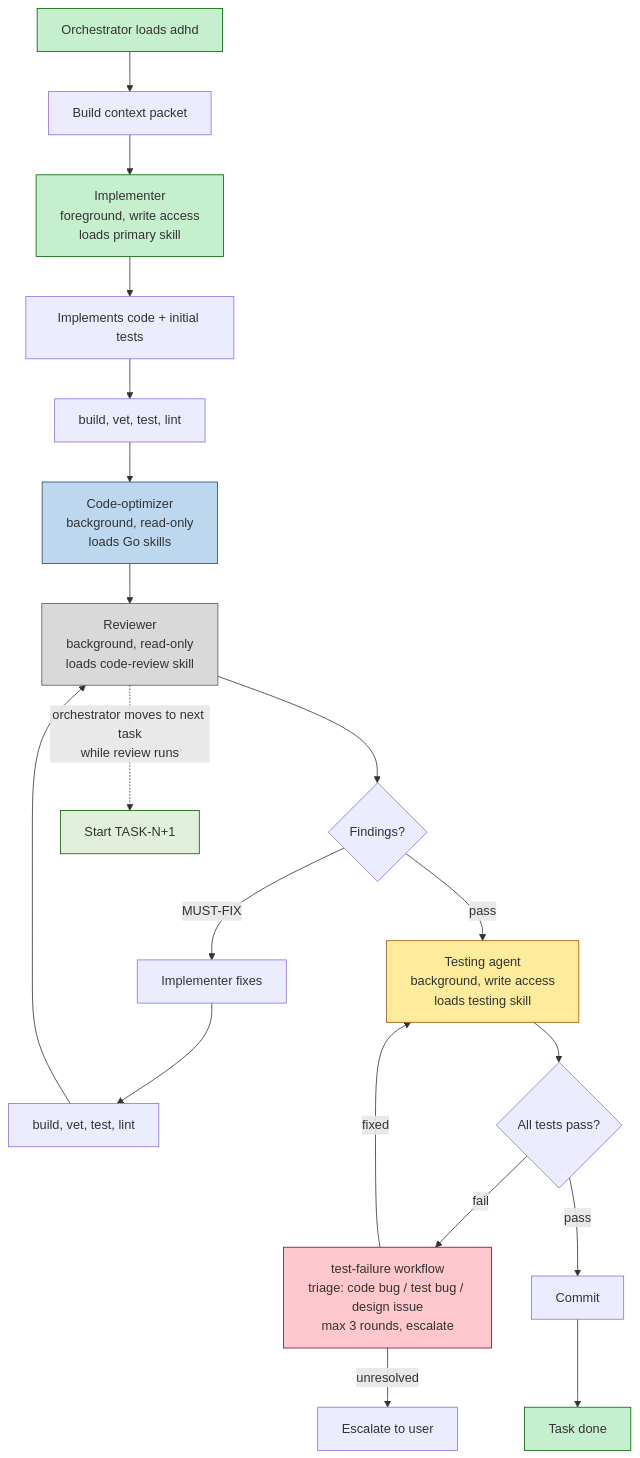
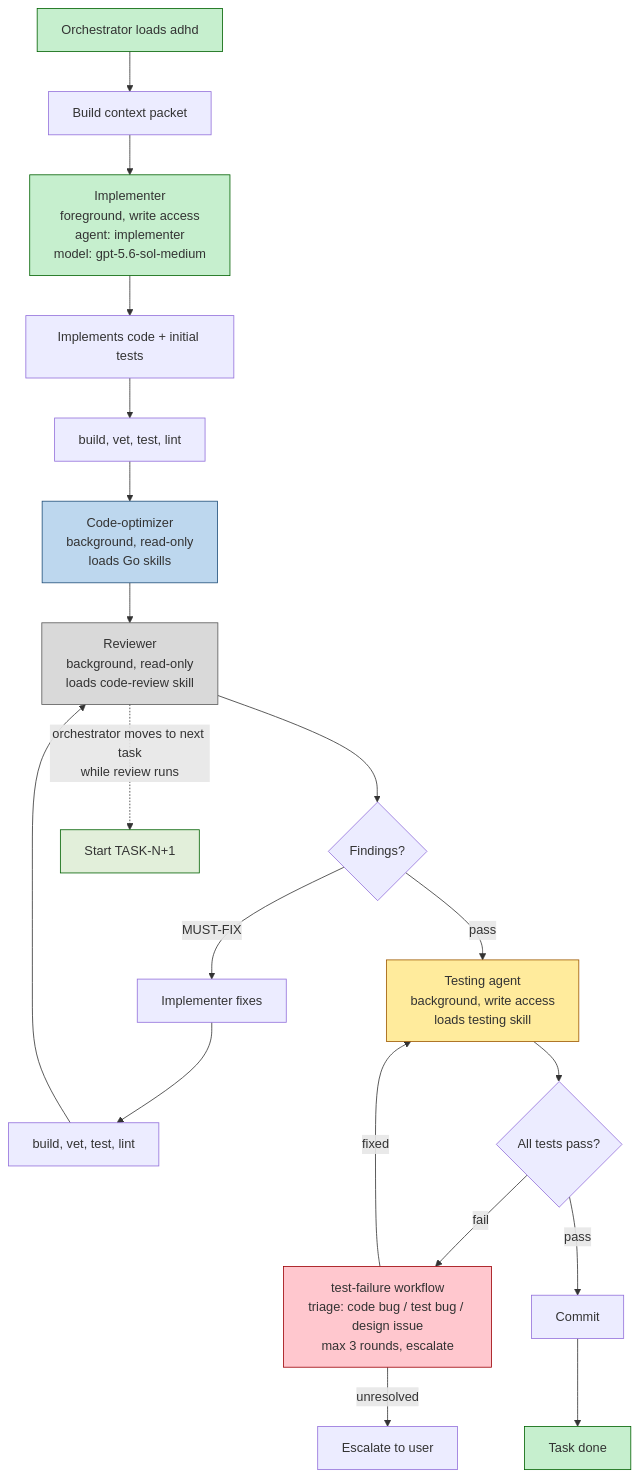
One commit to bperin/project-context changed the third of 4 diagrams in src/workflows/overview.md. Above: the diagram before and after it, drawn with Mermaid. The commit also changed 9 other files, not shown here.

First line of the commit message:
Pin implementer subagent to gpt-5.6-sol-medium

````diff
--- a/src/workflows/overview.md
+++ b/src/workflows/overview.md
@@ -57,31 +57,31 @@
 ```mermaid
 flowchart TD
     O["Orchestrator loads adhd"] --> CTX["Build context packet"]
-    CTX --> P["Implementer<br/>foreground, write access<br/>loads primary skill"]
+    CTX --> P["Implementer<br/>foreground, write access<br/>agent: implementer<br/>model: gpt-5.6-sol-medium"]
     P --> CODE["Implements code + initial tests"]
     CODE --> V1["build, vet, test, lint"]
     V1 --> CO["Code-optimizer<br/>background, read-only<br/>loads Go skills"]
     CO --> CR["Reviewer<br/>background, read-only<br/>loads code-review skill"]
     CR --> CRC{"Findings?"}
     CRC -->|MUST-FIX| BACK1["Implementer fixes"]
     BACK1 --> V2["build, vet, test, lint"]
     V2 --> CR
     CRC -->|pass| TA["Testing agent<br/>background, write access<br/>loads testing skill"]
     TA --> TAC{"All tests pass?"}
     TAC -->|fail| TF["test-failure workflow<br/>triage: code bug / test bug / design issue<br/>max 3 rounds, escalate"]
     TF -->|fixed| TA
     TF -->|unresolved| ESC["Escalate to user"]
     TAC -->|pass| COM["Commit"]
     COM --> DONE["Task done"]
 
     CR -.->|orchestrator moves to next task<br/>while review runs| NEXT["Start TASK-N+1"]
 
     style O fill:#C6EFCE,stroke:#006100
     style P fill:#C6EFCE,stroke:#006100
     style CO fill:#BDD7EE,stroke:#1F4E79
     style CR fill:#D9D9D9,stroke:#595959
     style TA fill:#FFEB9C,stroke:#9C5700
     style TF fill:#FFC7CE,stroke:#9C0006
     style DONE fill:#C6EFCE,stroke:#006100
     style NEXT fill:#E2EFDA,stroke:#006100
 ```
````
